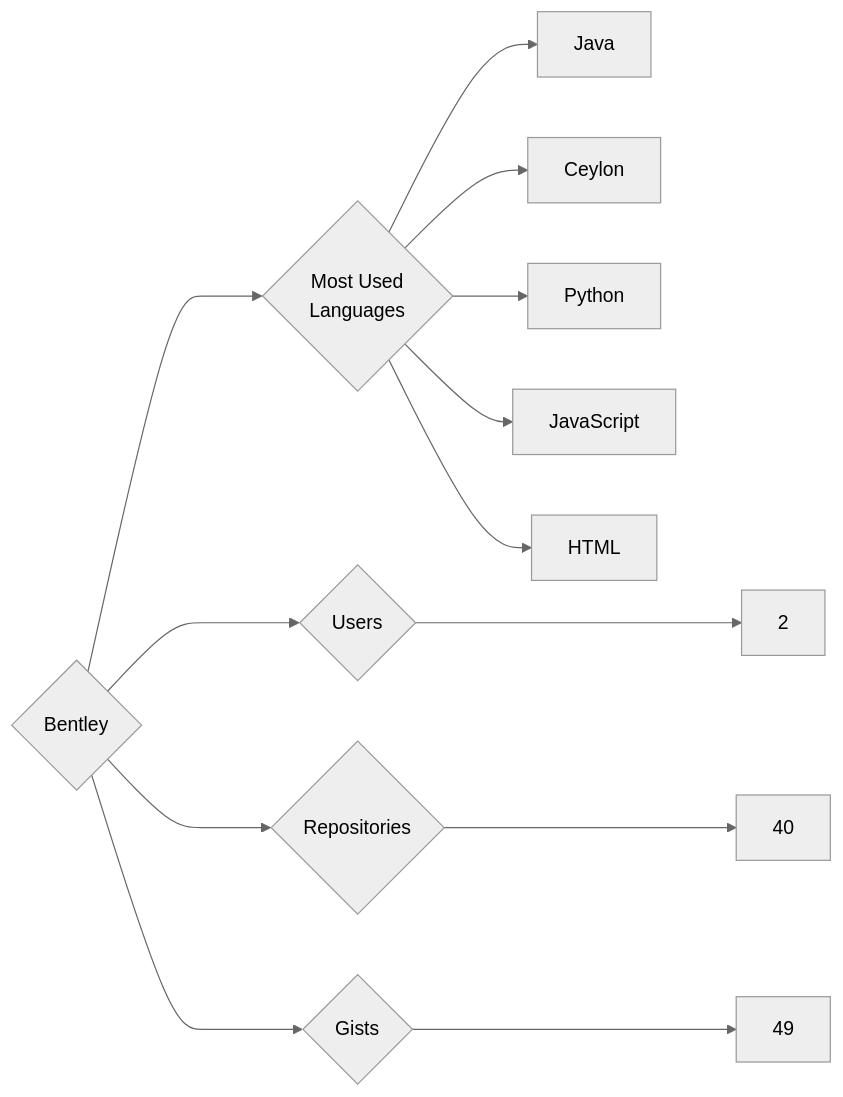
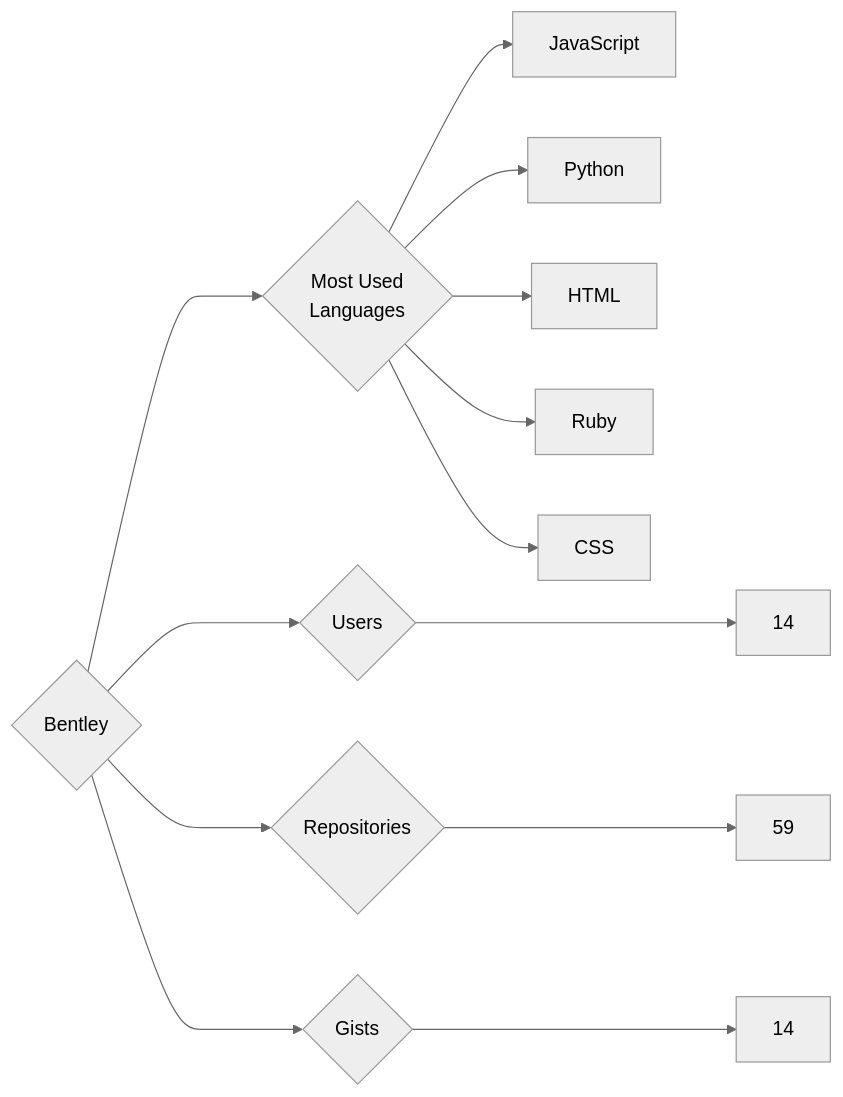
One commit to trickest/insiders changed the diagram in targets/Bentley/README.md. Above: the diagram before and after it, drawn with Mermaid (neutral theme). The commit also changed 944 other files, not shown here.

````diff
--- a/targets/Bentley/README.md
+++ b/targets/Bentley/README.md
@@ -3,13 +3,13 @@
 ```mermaid
 graph LR
 COMPANY_NAME{Bentley}
-COMPANY_NAME ---> U{Users} ---> UN[2]
-COMPANY_NAME ---> R{Repositories} ---> RN[40]
-COMPANY_NAME ---> G{Gists} ---> GN[49]
+COMPANY_NAME ---> U{Users} ---> UN[14]
+COMPANY_NAME ---> R{Repositories} ---> RN[59]
+COMPANY_NAME ---> G{Gists} ---> GN[14]
 COMPANY_NAME ---> ML{Most Used<br>Languages}
-ML --> Java[Java]
-ML --> Ceylon[Ceylon]
+ML --> JavaScript[JavaScript]
 ML --> Python[Python]
-ML --> JavaScript[JavaScript]
 ML --> HTML[HTML]
+ML --> Ruby[Ruby]
+ML --> CSS[CSS]
 ```
````
